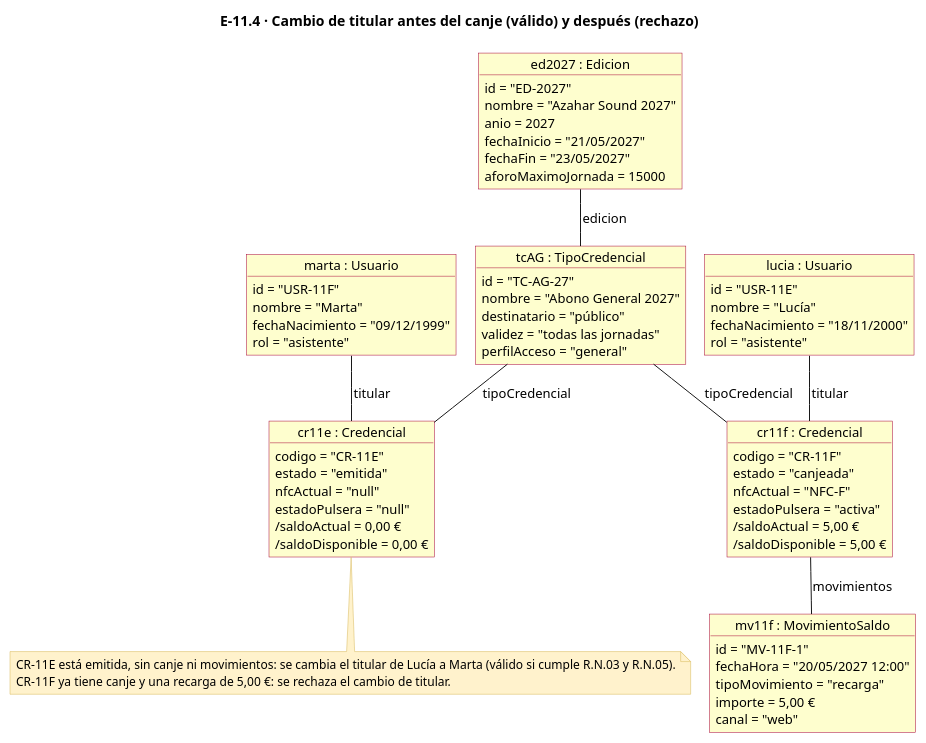
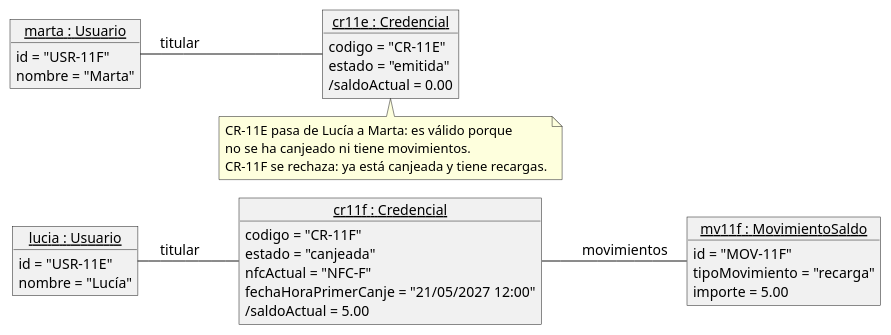
The diagram in docs/diagramas/escenarios/e11-4.puml (Antmungar2/proyecto-curso-iissi1-2026-antmungar2), drawn with PlantUML before and after one commit. The commit also changed 30 other files, not shown here.

Commit message:
E2: simplificar diagramas de R.N.10 y R.N.11 al estilo de Darya

```diff
--- a/docs/diagramas/escenarios/e11-4.puml
+++ b/docs/diagramas/escenarios/e11-4.puml
@@ -1,84 +1,57 @@
 @startuml
 !pragma layout smetana
-title E-11.4 · Cambio de titular antes del canje (válido) y después (rechazo)
 hide empty members
-top to bottom direction
 skinparam backgroundColor #FFFFFF
+skinparam shadowing false
 skinparam defaultFontName Helvetica
-skinparam defaultFontSize 13
+skinparam defaultFontSize 14
 skinparam object {
-  BackgroundColor #FEFECE
-  BorderColor #A80036
+  BackgroundColor #F1F1F1
+  BorderColor #181818
+  FontSize 14
+}
+skinparam note {
+  BackgroundColor #FEFFDD
+  BorderColor #181818
   FontSize 13
 }
-skinparam note {
-  BackgroundColor #FFF2CC
-  BorderColor #D6B656
-  FontSize 12
-}
 skinparam nodesep 30
-skinparam ranksep 30
+skinparam ranksep 35
+left to right direction
 
-object "ed2027 : Edicion" as ed2027 {
-  id = "ED-2027"
-  nombre = "Azahar Sound 2027"
-  anio = 2027
-  fechaInicio = "21/05/2027"
-  fechaFin = "23/05/2027"
-  aforoMaximoJornada = 15000
-}
-object "tcAG : TipoCredencial" as tcAG {
-  id = "TC-AG-27"
-  nombre = "Abono General 2027"
-  destinatario = "público"
-  validez = "todas las jornadas"
-  perfilAcceso = "general"
-}
-object "lucia : Usuario" as lucia {
+object "<u>lucia : Usuario</u>" as lucia {
   id = "USR-11E"
   nombre = "Lucía"
-  fechaNacimiento = "18/11/2000"
-  rol = "asistente"
 }
-object "marta : Usuario" as marta {
+object "<u>marta : Usuario</u>" as marta {
   id = "USR-11F"
   nombre = "Marta"
-  fechaNacimiento = "09/12/1999"
-  rol = "asistente"
 }
-object "cr11e : Credencial" as cr11e {
+object "<u>cr11e : Credencial</u>" as cr11e {
   codigo = "CR-11E"
   estado = "emitida"
-  nfcActual = "null"
-  estadoPulsera = "null"
-  /saldoActual = 0,00 €
-  /saldoDisponible = 0,00 €
+  /saldoActual = 0.00
 }
-object "cr11f : Credencial" as cr11f {
+object "<u>cr11f : Credencial</u>" as cr11f {
   codigo = "CR-11F"
   estado = "canjeada"
   nfcActual = "NFC-F"
-  estadoPulsera = "activa"
-  /saldoActual = 5,00 €
-  /saldoDisponible = 5,00 €
+  fechaHoraPrimerCanje = "21/05/2027 12:00"
+  /saldoActual = 5.00
 }
-object "mv11f : MovimientoSaldo" as mv11f {
-  id = "MV-11F-1"
-  fechaHora = "20/05/2027 12:00"
+object "<u>mv11f : MovimientoSaldo</u>" as mv11f {
+  id = "MOV-11F"
   tipoMovimiento = "recarga"
-  importe = 5,00 €
-  canal = "web"
+  importe = 5.00
 }
 
-ed2027 -- tcAG : edicion
-tcAG -- cr11e : tipoCredencial
-tcAG -- cr11f : tipoCredencial
 marta -- cr11e : titular
 lucia -- cr11f : titular
 cr11f -- mv11f : movimientos
 
 note bottom of cr11e
-CR-11E está emitida, sin canje ni movimientos: se cambia el titular de Lucía a Marta (válido si cumple R.N.03 y R.N.05).
-CR-11F ya tiene canje y una recarga de 5,00 €: se rechaza el cambio de titular.
+CR-11E pasa de Lucía a Marta: es válido porque
+no se ha canjeado ni tiene movimientos.
+CR-11F se rechaza: ya está canjeada y tiene recargas.
 end note
 @enduml
```
